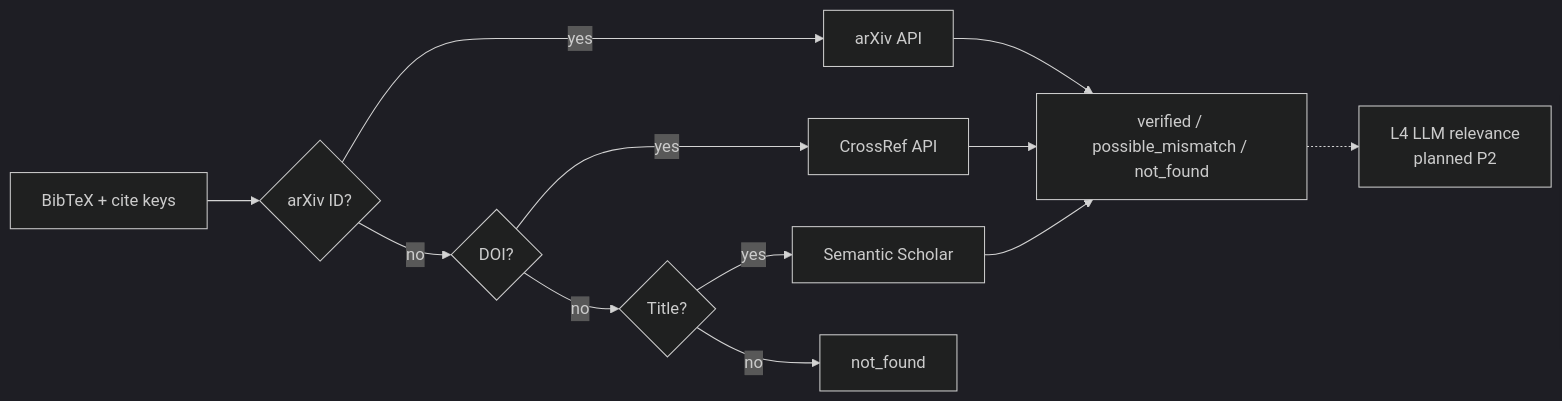
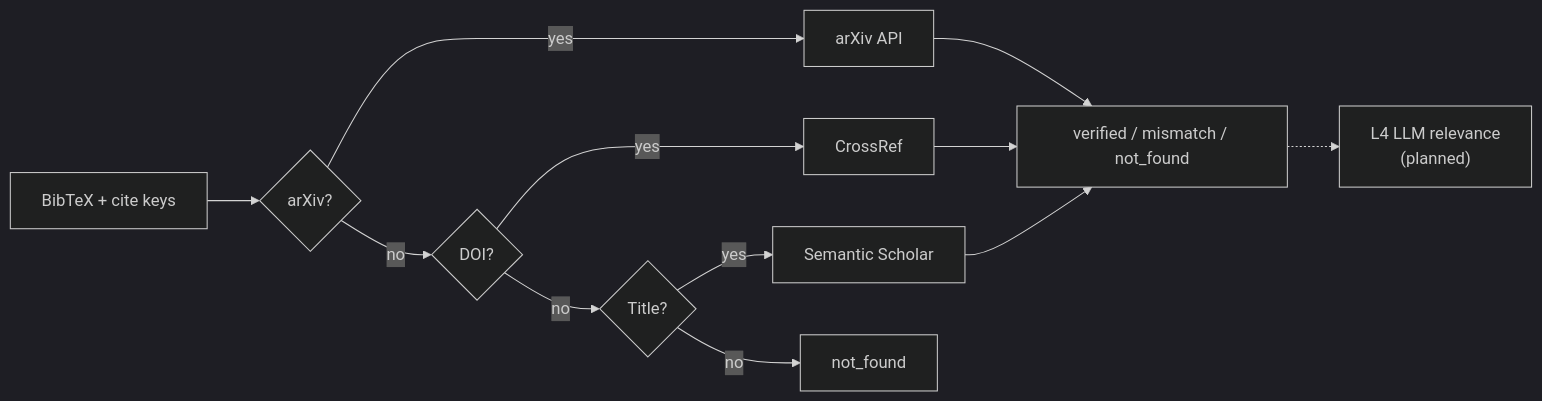
One commit to Tai-TZ/arionear-ai-paper-editor changed diagram 11 of 11 in docs/architecture_diagram.md. Above: the diagram before and after it, drawn with Mermaid (dark theme). The commit also changed other lines of this file and 5 other files, not shown here.

````diff
--- a/docs/architecture_diagram.md
+++ b/docs/architecture_diagram.md
@@ -236,12 +301,12 @@
 ```mermaid
 flowchart LR
-    IN[BibTeX + cite keys] --> L1{arXiv ID?}
+    IN[BibTeX + cite keys] --> L1{arXiv?}
     L1 -->|yes| ARX[arXiv API]
     L1 -->|no| L2{DOI?}
-    L2 -->|yes| CR[CrossRef API]
+    L2 -->|yes| CR[CrossRef]
     L2 -->|no| L3{Title?}
     L3 -->|yes| SS[Semantic Scholar]
     L3 -->|no| NF[not_found]
-    ARX & CR & SS --> OUT[verified / possible_mismatch / not_found]
-    OUT -.-> L4["L4 LLM relevance<br/>planned P2"]
+    ARX & CR & SS --> OUT[verified / mismatch / not_found]
+    OUT -.-> L4["L4 LLM relevance<br/>(planned)"]
 ```
````
